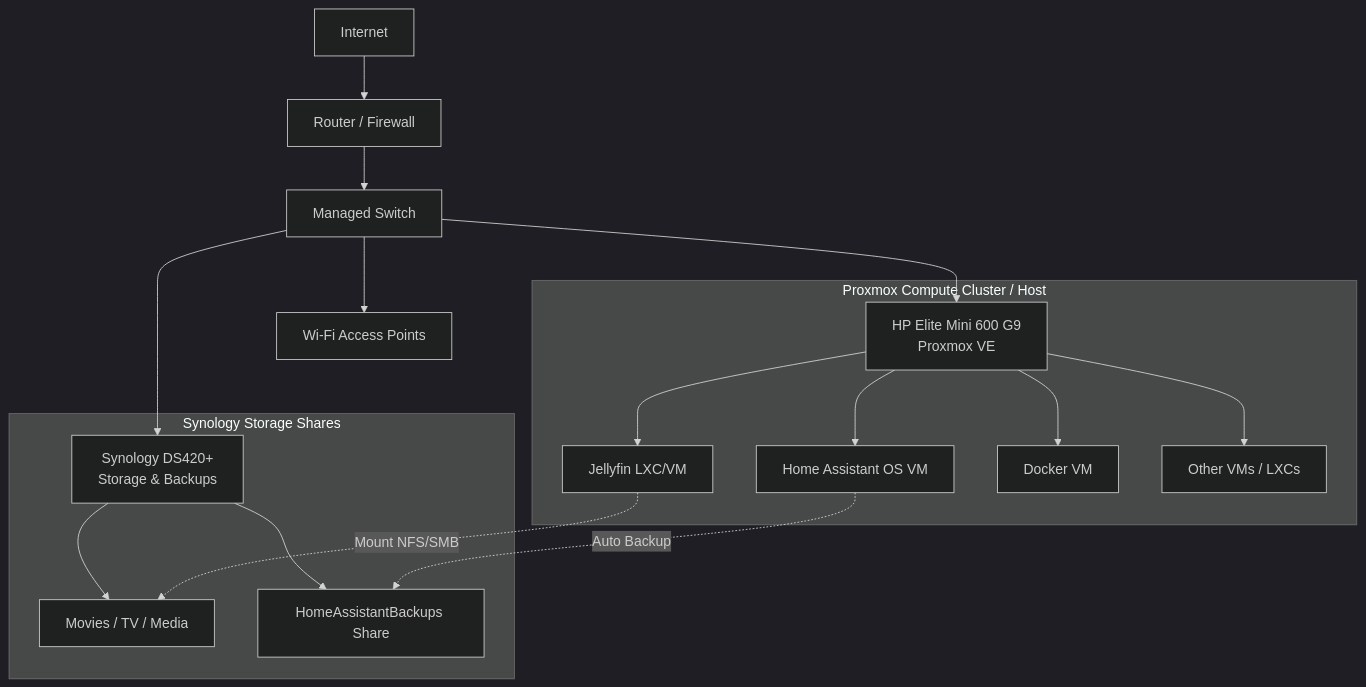
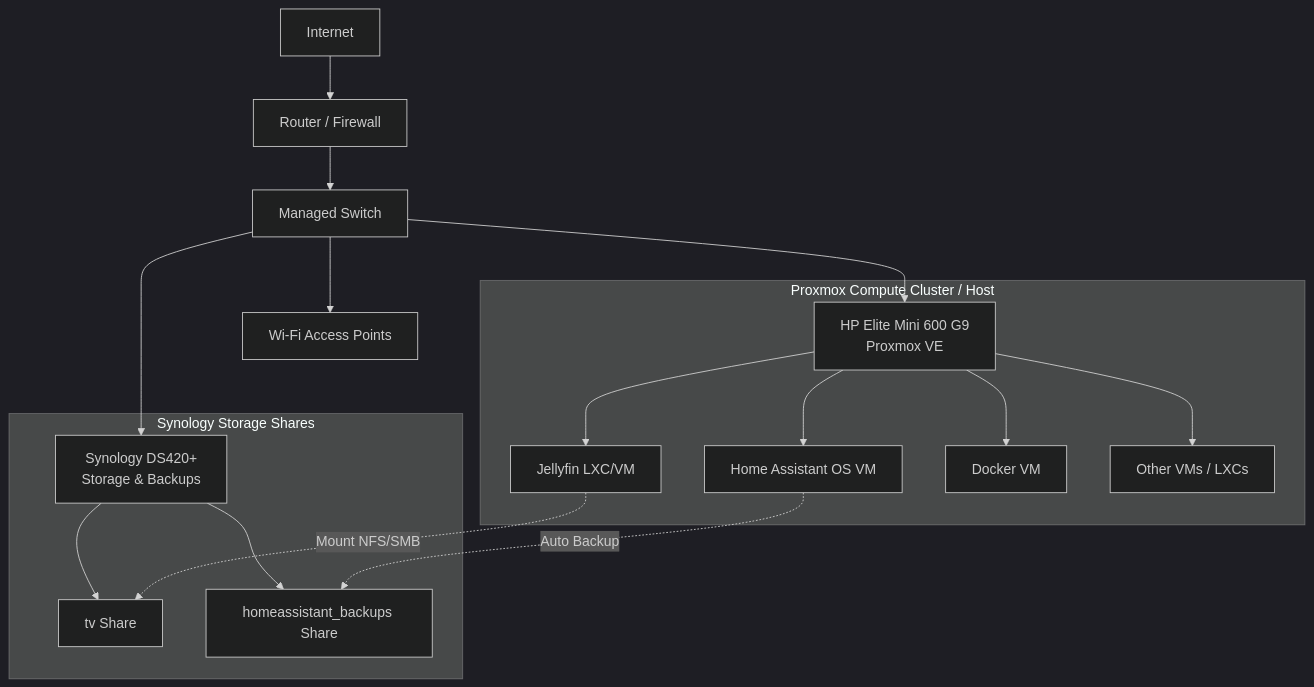
Before and after one commit to Rhod3/homelab: the diagram in docs/architecture.md, drawn with Mermaid (dark theme). The commit also changed 4 other files, not shown here.

````diff
--- a/docs/architecture.md
+++ b/docs/architecture.md
@@ -25,23 +25,23 @@
 ```mermaid
 flowchart TD
     Internet[Internet] --> Router[Router / Firewall]
     Router --> Switch[Managed Switch]
     Switch --> HP[HP Elite Mini 600 G9<br/>Proxmox VE]
     Switch --> Synology[Synology DS420+<br/>Storage & Backups]
     Switch --> AP[Wi-Fi Access Points]
 
     subgraph Proxmox Compute Cluster / Host
         HP --> HA[Home Assistant OS VM]
         HP --> Jellyfin[Jellyfin LXC/VM]
         HP --> Docker[Docker VM]
         HP --> Other[Other VMs / LXCs]
     end
 
     subgraph Synology Storage Shares
-        Synology --> Media[Movies / TV / Media]
-        Synology --> HABackups[HomeAssistantBackups Share]
+        Synology --> Media[tv Share]
+        Synology --> HABackups[homeassistant_backups Share]
     end
 
     Jellyfin -. Mount NFS/SMB .-> Media
     HA -. Auto Backup .-> HABackups
 ```
````
